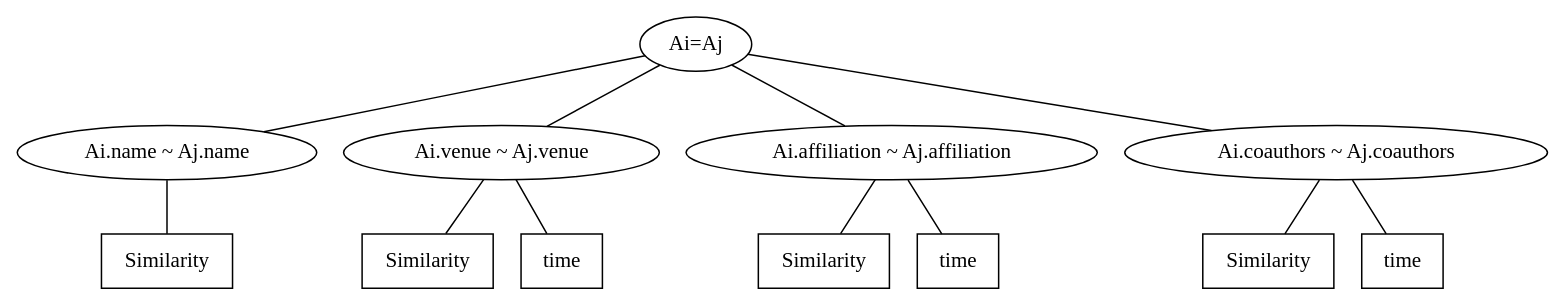
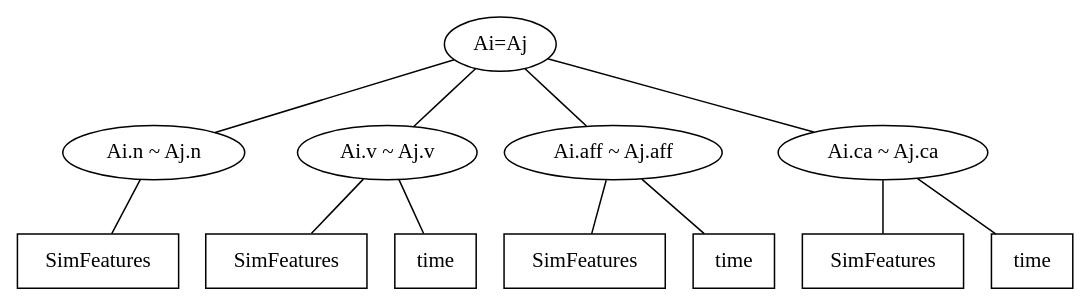
One commit to samanz/AuthorLink changed the diagram in MidtermReport/crf.dot. Above: the diagram before and after it, drawn with Graphviz. The commit also changed 2 other files, not shown here.

Commit message:
coauthorship figure

```diff
--- a/MidtermReport/crf.dot
+++ b/MidtermReport/crf.dot
@@ -1,23 +1,23 @@
 digraph CRF {
 	edge[arrowhead="none"];
 
 	A[label="Ai=Aj"];
-	name[label="Ai.name ~ Aj.name"];
-	venue[label="Ai.venue ~ Aj.venue"];
-	aff[label="Ai.affiliation ~ Aj.affiliation"];
-	coa[label="Ai.coauthors ~ Aj.coauthors"];
-	fname[label="Similarity",shape="box"];
-	fvenue[label="Similarity",shape="box"];
-	faff[label="Similarity",shape="box"];
-	fcoa[label="Similarity",shape="box"];
+	name[label="Ai.n ~ Aj.n"];
+	venue[label="Ai.v ~ Aj.v"];
+	aff[label="Ai.aff ~ Aj.aff"];
+	coa[label="Ai.ca ~ Aj.ca"];
+	fname[label="SimFeatures",shape="box"];
+	fvenue[label="SimFeatures",shape="box"];
+	faff[label="SimFeatures",shape="box"];
+	fcoa[label="SimFeatures",shape="box"];
 	tvenue[label="time",shape="box"];
 	taff[label="time",shape="box"];
 	tcoa[label="time",shape="box"];
 	A -> name -> fname;
 	A -> venue -> fvenue;
 	A -> aff -> faff;
 	A -> coa -> fcoa;
 	venue -> tvenue;
 	aff -> taff;
 	coa -> tcoa;
 }
```
